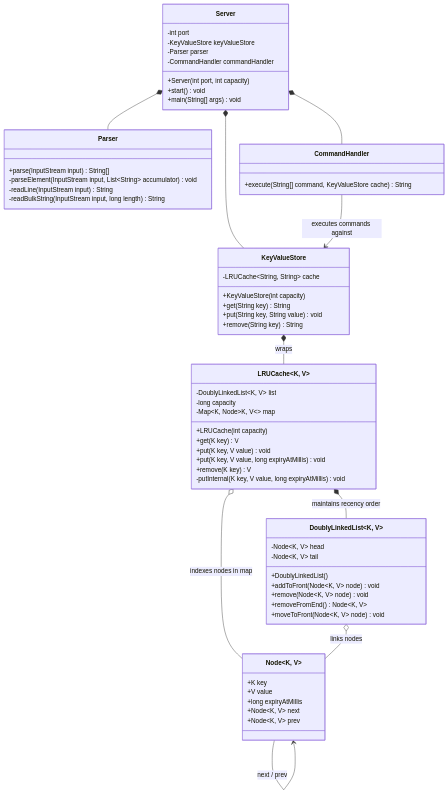
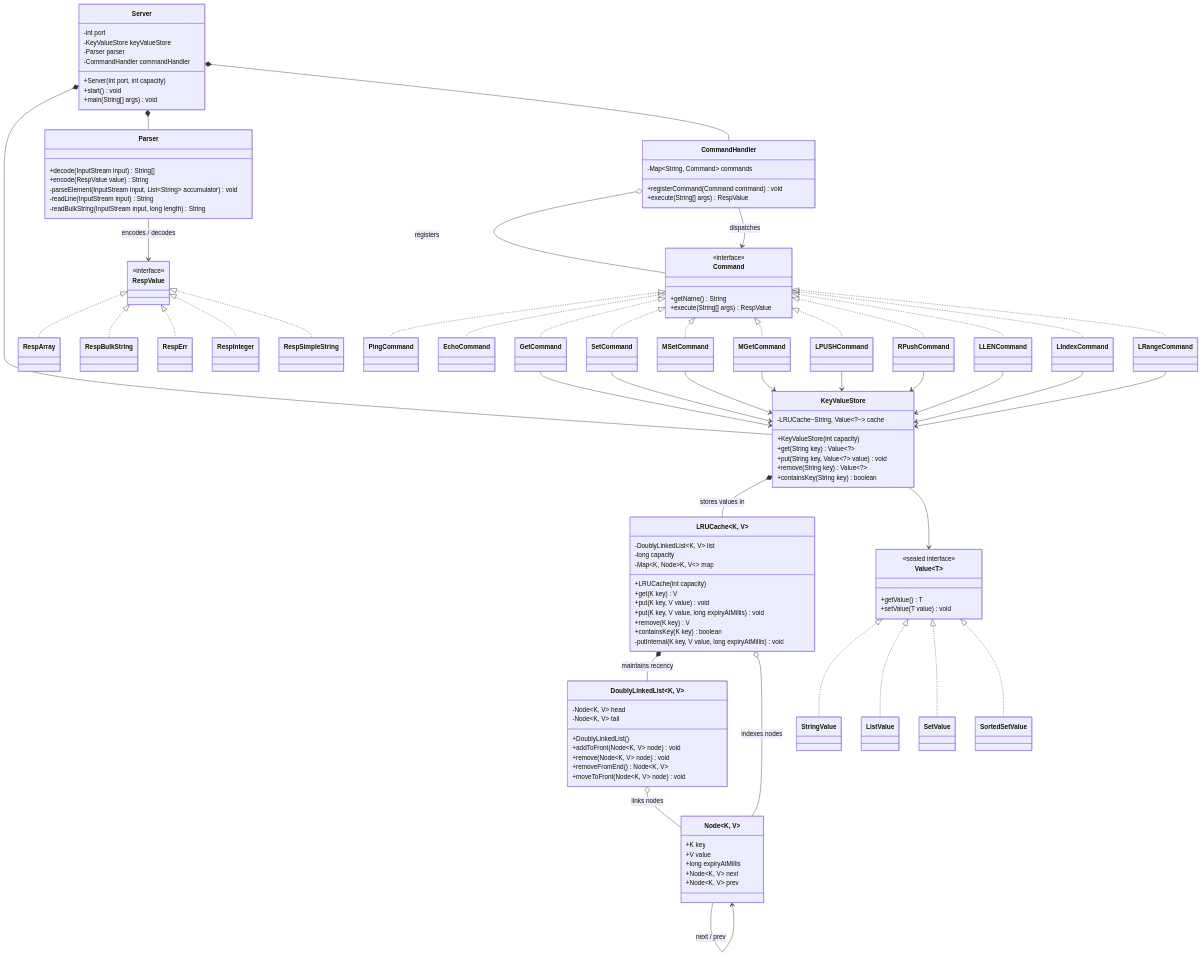
The diagram in README.md (MrD0511/capis), drawn with Mermaid before and after one commit. The commit also changed 14 other files, not shown here.

Commit message:
Added list, del, mget, incr commands

````diff
--- a/README.md
+++ b/README.md
@@ -68,22 +68,44 @@
 	}
 
 	class Parser {
-		+parse(InputStream input) String[]
+		+decode(InputStream input) String[]
+		+encode(RespValue value) String
 		-parseElement(InputStream input, List~String~ accumulator) void
 		-readLine(InputStream input) String
 		-readBulkString(InputStream input, long length) String
 	}
 
 	class CommandHandler {
-		+execute(String[] command, KeyValueStore cache) String
+		-Map~String, Command~ commands
+		+registerCommand(Command command) void
+		+execute(String[] args) RespValue
 	}
 
+	class Command {
+		<<interface>>
+		+getName() String
+		+execute(String[] args) RespValue
+	}
+
+	class PingCommand
+	class EchoCommand
+	class GetCommand
+	class SetCommand
+	class MSetCommand
+	class MGetCommand
+	class LPUSHCommand
+	class RPushCommand
+	class LLENCommand
+	class LIndexCommand
+	class LRangeCommand
+
 	class KeyValueStore {
-		-LRUCache~String, String~ cache
+		-LRUCache~String, Value~?~~ cache
 		+KeyValueStore(int capacity)
-		+get(String key) String
-		+put(String key, String value) void
-		+remove(String key) String
+		+get(String key) Value~?~
+		+put(String key, Value~?~ value) void
+		+remove(String key) Value~?~
+		+containsKey(String key) boolean
 	}
 
 	class LRUCache~K, V~ {
@@ -95,6 +117,7 @@
 		+put(K key, V value) void
 		+put(K key, V value, long expiryAtMillis) void
 		+remove(K key) V
+		+containsKey(K key) boolean
 		-putInternal(K key, V value, long expiryAtMillis) void
 	}
 
@@ -116,13 +139,66 @@
 		+Node~K, V~ prev
 	}
 
+	class Value~T~ {
+		<<sealed interface>>
+		+getValue() T
+		+setValue(T value) void
+	}
+
+	class StringValue
+	class ListValue
+	class SetValue
+	class SortedSetValue
+
+	class RespValue {
+		<<interface>>
+	}
+
+	class RespArray
+	class RespBulkString
+	class RespErr
+	class RespInteger
+	class RespSimpleString
+
 	Server *-- KeyValueStore
 	Server *-- Parser
 	Server *-- CommandHandler
-	CommandHandler --> KeyValueStore : executes commands against
-	KeyValueStore *-- LRUCache : wraps
-	LRUCache *-- DoublyLinkedList : maintains recency order
-	LRUCache o-- Node : indexes nodes in map
+	CommandHandler o-- Command : registers
+	CommandHandler --> Command : dispatches
+	Command <|.. PingCommand
+	Command <|.. EchoCommand
+	Command <|.. GetCommand
+	Command <|.. SetCommand
+	Command <|.. MSetCommand
+	Command <|.. MGetCommand
+	Command <|.. LPUSHCommand
+	Command <|.. RPushCommand
+	Command <|.. LLENCommand
+	Command <|.. LIndexCommand
+	Command <|.. LRangeCommand
+	GetCommand --> KeyValueStore
+	SetCommand --> KeyValueStore
+	MSetCommand --> KeyValueStore
+	MGetCommand --> KeyValueStore
+	LPUSHCommand --> KeyValueStore
+	RPushCommand --> KeyValueStore
+	LLENCommand --> KeyValueStore
+	LIndexCommand --> KeyValueStore
+	LRangeCommand --> KeyValueStore
+	Parser --> RespValue : encodes / decodes
+	KeyValueStore *-- LRUCache : stores values in
+	LRUCache *-- DoublyLinkedList : maintains recency
+	LRUCache o-- Node : indexes nodes
 	DoublyLinkedList o-- Node : links nodes
 	Node --> Node : next / prev
+	Value~T~ <|.. StringValue
+	Value~T~ <|.. ListValue
+	Value~T~ <|.. SetValue
+	Value~T~ <|.. SortedSetValue
+	RespValue <|.. RespArray
+	RespValue <|.. RespBulkString
+	RespValue <|.. RespErr
+	RespValue <|.. RespInteger
+	RespValue <|.. RespSimpleString
+	KeyValueStore --> Value~?~
 ```
````
